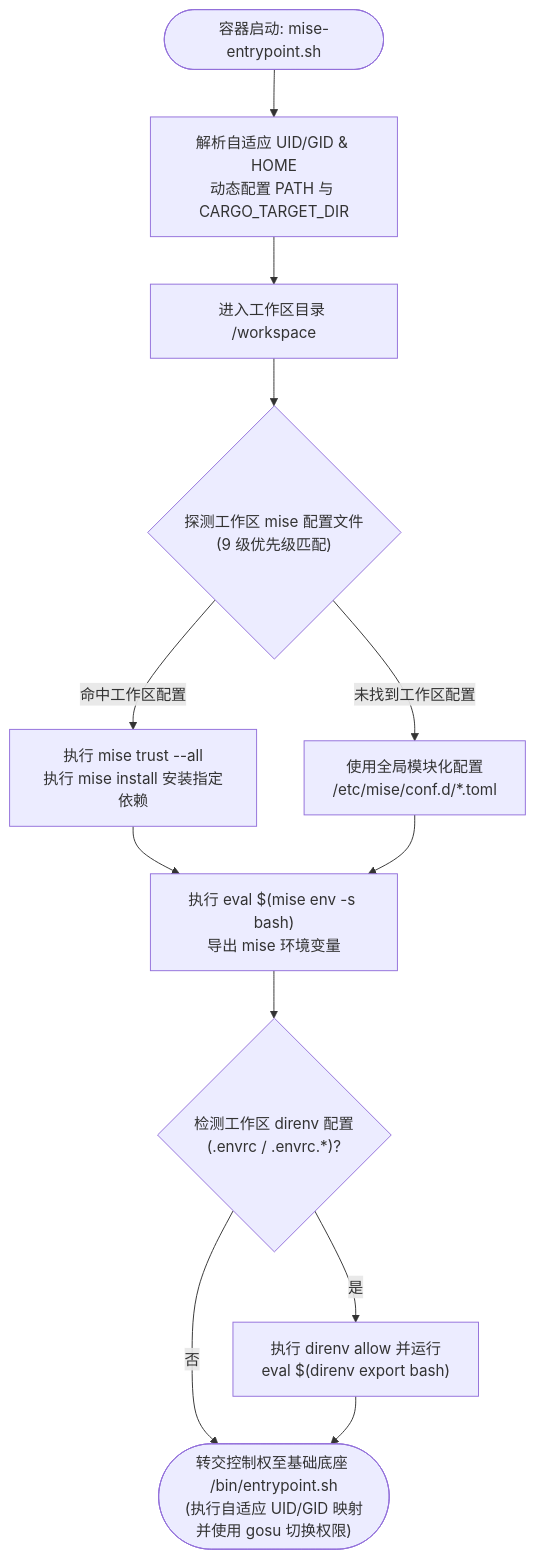
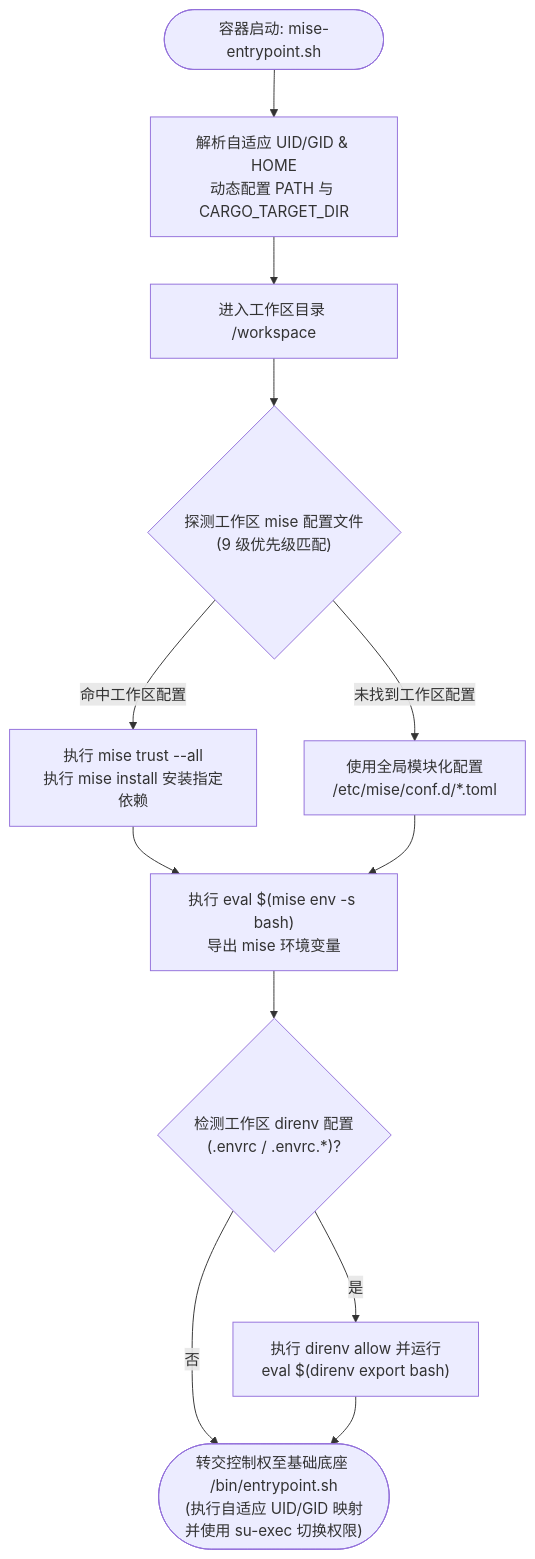
Before and after one commit to shaogme/coding-images: the third of 5 diagrams in README.md, drawn with Mermaid. The commit also changed other lines of this file, not shown here.

First line of the commit message:
docs(readme): update su-exec references and formatting

````diff
--- a/README.md
+++ b/README.md
@@ -213,17 +213,17 @@
 ```mermaid
 flowchart TD
     Start(["容器启动: mise-entrypoint.sh"]) --> ResolveUser["解析自适应 UID/GID & HOME<br/>动态配置 PATH 与 CARGO_TARGET_DIR"]
     ResolveUser --> CheckWs["进入工作区目录 /workspace"]
     CheckWs --> DetectConfig{"探测工作区 mise 配置文件<br/>(9 级优先级匹配)"}
 
     DetectConfig -- "命中工作区配置" --> TrustInstall["执行 mise trust --all<br/>执行 mise install 安装指定依赖"]
     DetectConfig -- "未找到工作区配置" --> UseGlobal["使用全局模块化配置<br/>/etc/mise/conf.d/*.toml"]
 
     TrustInstall --> ExportMise["执行 eval $(mise env -s bash)<br/>导出 mise 环境变量"]
     UseGlobal --> ExportMise
 
     ExportMise --> DetectDirenv{"检测工作区 direnv 配置<br/>(.envrc / .envrc.*)?"}
     DetectDirenv -- "是" --> LoadDirenv["执行 direnv allow 并运行<br/>eval $(direnv export bash)"]
     DetectDirenv -- "否" --> ExecBase
-    LoadDirenv --> ExecBase(["转交控制权至基础底座 /bin/entrypoint.sh<br/>(执行自适应 UID/GID 映射并使用 gosu 切换权限)"])
+    LoadDirenv --> ExecBase(["转交控制权至基础底座 /bin/entrypoint.sh<br/>(执行自适应 UID/GID 映射并使用 su-exec 切换权限)"])
 ```
````
